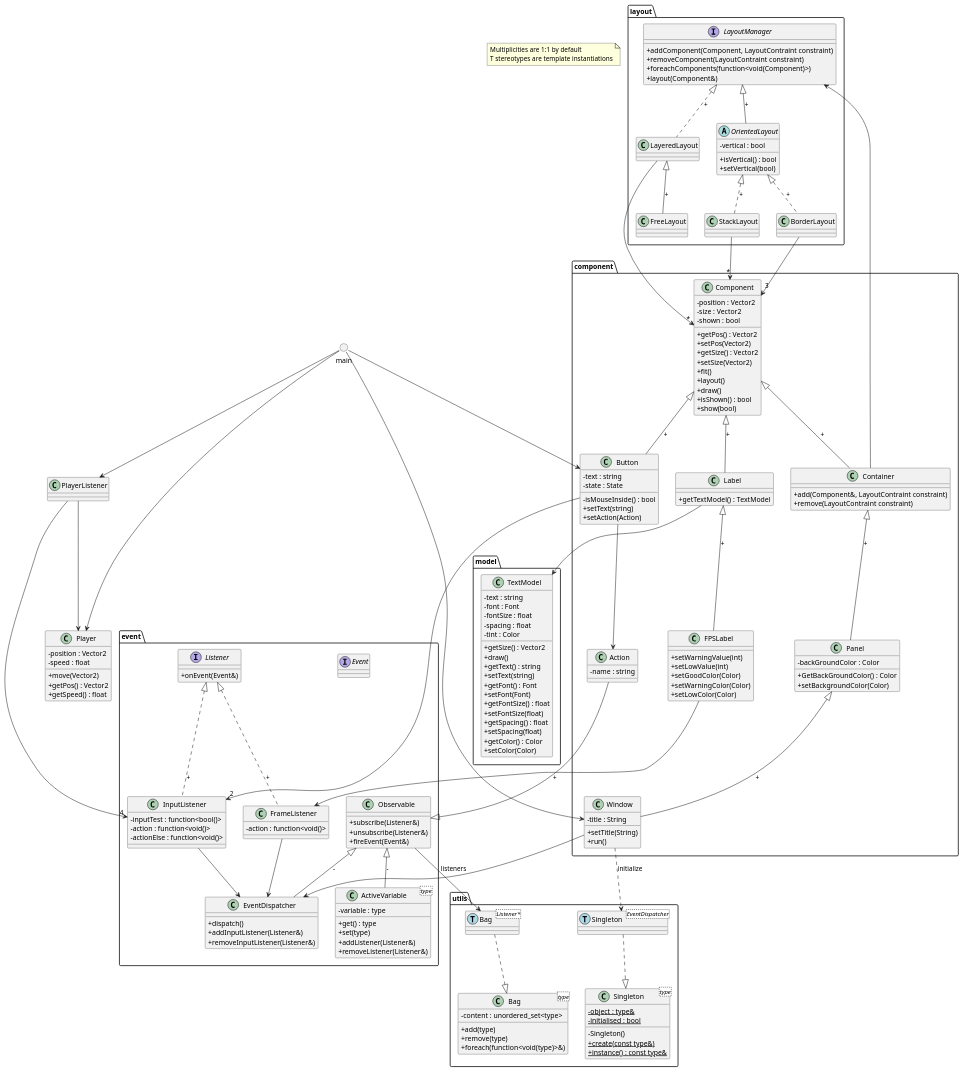
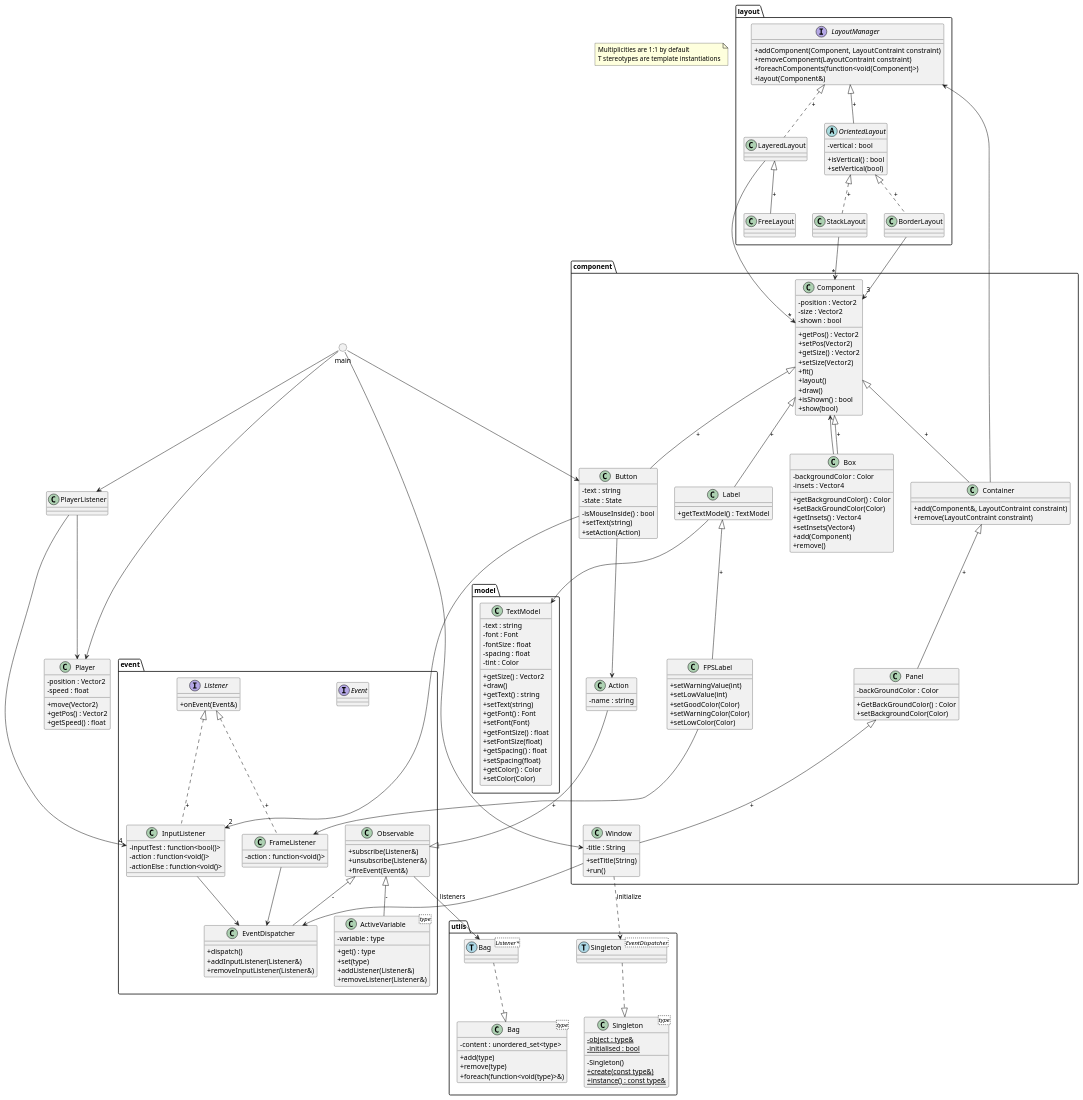
The diagram in project.puml (julesdupuis/CPP-UI-toolkit), drawn with PlantUML before and after one commit. The commit also changed 4 other files, not shown here.

Commit message:
added Box component

```diff
--- a/project.puml
+++ b/project.puml
@@ -135,6 +135,16 @@
         +setWarningColor(Color)
         +setLowColor(Color)
     }
+    class Box{
+        -backgroundColor : Color
+        -insets : Vector4
+        +getBackgroundColor() : Color
+        +setBackGroundColor(Color)
+        +getInsets() : Vector4
+        +setInsets(Vector4)
+        +add(Component)
+        +remove()
+    }
 }
 
 Component <|-- Button : +
@@ -144,6 +154,7 @@
 Panel <|-- Window : +
 Component <|-- Label : +
 Label <|-- FPSLabel : +
+Component <|-- Box : +
 
 Button --> Action
 Button --> "2" InputListener
@@ -152,6 +163,7 @@
 Window ..> SingletonEventDispatcher : initialize
 
 FPSLabel --> FrameListener
+Box --> Component
 
 package layout{
     interface LayoutManager{
```
